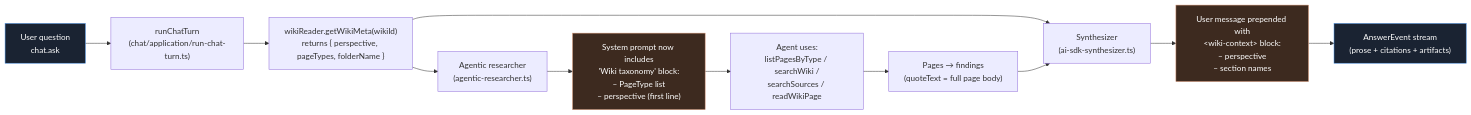
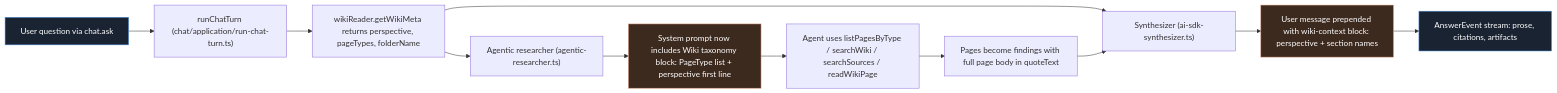
Before and after one commit to tonestrike/knowledge-base-wiki: the second of 2 diagrams in docs/architecture/perspective-flow.md, drawn with Mermaid. The commit also changed other lines of this file and 1 other file, not shown here.

First line of the commit message:
docs: fix mermaid parse errors + validate all diagrams via mmdc

````diff
--- a/docs/architecture/perspective-flow.md
+++ b/docs/architecture/perspective-flow.md
@@ -44,21 +44,21 @@
 ```mermaid
 flowchart LR
-    Q["User question<br/>chat.ask"] --> Turn["runChatTurn<br/>(chat/application/run-chat-turn.ts)"]
-    Turn --> Meta["wikiReader.getWikiMeta(wikiId)<br/>returns { perspective, pageTypes, folderName }"]
-    Meta --> Agent["Agentic researcher<br/>(agentic-researcher.ts)"]
-    Meta --> Synth["Synthesizer<br/>(ai-sdk-synthesizer.ts)"]
+    Q["User question via chat.ask"] --> Turn["runChatTurn (chat/application/run-chat-turn.ts)"]
+    Turn --> Meta["wikiReader.getWikiMeta returns perspective, pageTypes, folderName"]
+    Meta --> Agent["Agentic researcher (agentic-researcher.ts)"]
+    Meta --> Synth["Synthesizer (ai-sdk-synthesizer.ts)"]
 
-    Agent --> AgentSys["System prompt now includes<br/>'Wiki taxonomy' block:<br/>– PageType list<br/>– perspective (first line)"]
-    AgentSys --> Tools["Agent uses:<br/>listPagesByType / searchWiki /<br/>searchSources / readWikiPage"]
+    Agent --> AgentSys["System prompt now includes Wiki taxonomy block: PageType list + perspective first line"]
+    AgentSys --> Tools["Agent uses listPagesByType / searchWiki / searchSources / readWikiPage"]
 
-    Tools --> Findings["Pages → findings<br/>(quoteText = full page body)"]
+    Tools --> Findings["Pages become findings with full page body in quoteText"]
 
     Findings --> Synth
-    Synth --> Ctx["User message prepended with<br/>&lt;wiki-context&gt; block:<br/>– perspective<br/>– section names"]
-    Ctx --> Answer["AnswerEvent stream<br/>(prose + citations + artifacts)"]
+    Synth --> Ctx["User message prepended with wiki-context block: perspective + section names"]
+    Ctx --> Answer["AnswerEvent stream: prose, citations, artifacts"]
 
     classDef edge fill:#1a2332,stroke:#4a90e2,color:#fff;
     classDef ctx fill:#3d2a1f,stroke:#d89878,color:#fff;
     class Q,Answer edge;
     class AgentSys,Ctx ctx;
 ```
````
